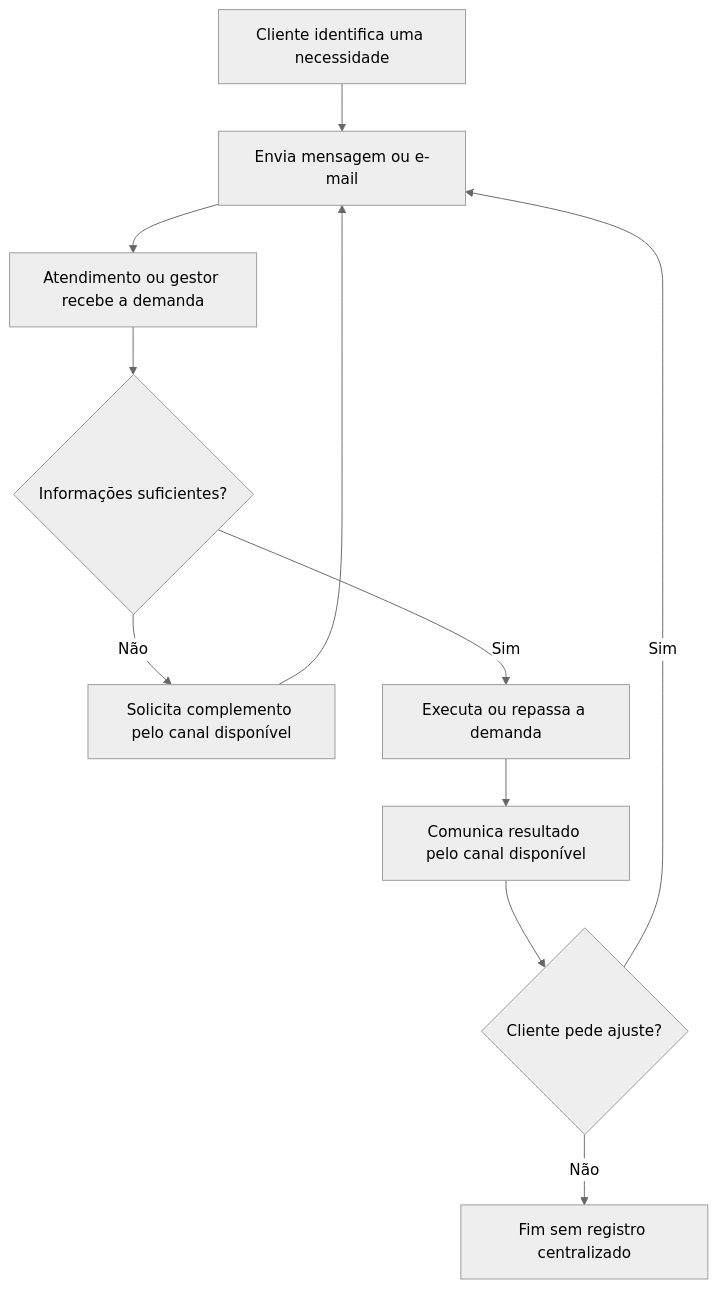
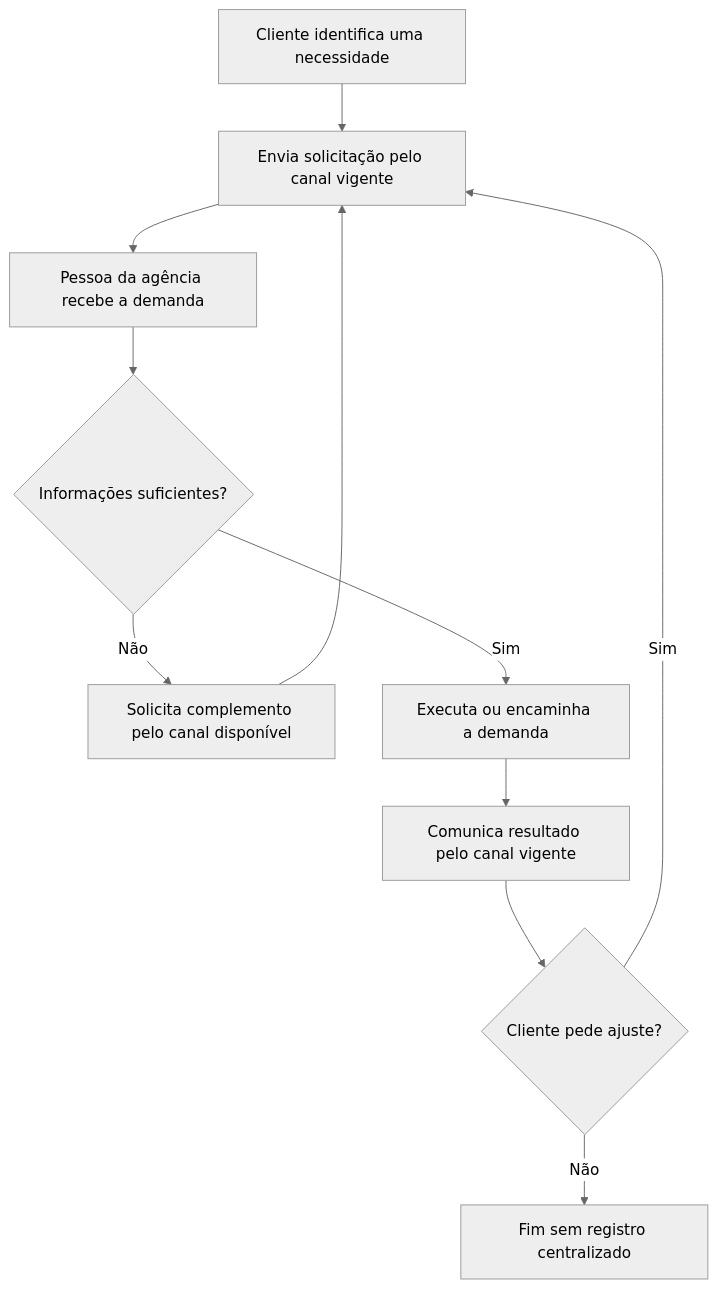
One commit to NayaraFJ/TI-Sistemas-Integrados changed the diagram in Trabalho/Documentacao do Projeto/Processo/BPMN - Processo As Is.md. Above: the diagram before and after it, drawn with Mermaid (neutral theme). The commit also changed other lines of this file and 17 other files, not shown here.

````diff
--- a/Trabalho/Documentacao do Projeto/Processo/BPMN - Processo As Is.md
+++ b/Trabalho/Documentacao do Projeto/Processo/BPMN - Processo As Is.md
@@ -15,13 +15,13 @@
 ```mermaid
 flowchart TB
-    A[Cliente identifica uma necessidade] --> B[Envia mensagem ou e-mail]
-    B --> C[Atendimento ou gestor recebe a demanda]
+    A[Cliente identifica uma necessidade] --> B[Envia solicitação pelo canal vigente]
+    B --> C[Pessoa da agência recebe a demanda]
     C --> D{Informações suficientes?}
     D -- Não --> E[Solicita complemento pelo canal disponível]
     E --> B
-    D -- Sim --> F[Executa ou repassa a demanda]
-    F --> G[Comunica resultado pelo canal disponível]
+    D -- Sim --> F[Executa ou encaminha a demanda]
+    F --> G[Comunica resultado pelo canal vigente]
     G --> H{Cliente pede ajuste?}
     H -- Sim --> B
     H -- Não --> I[Fim sem registro centralizado]
 ```
````
